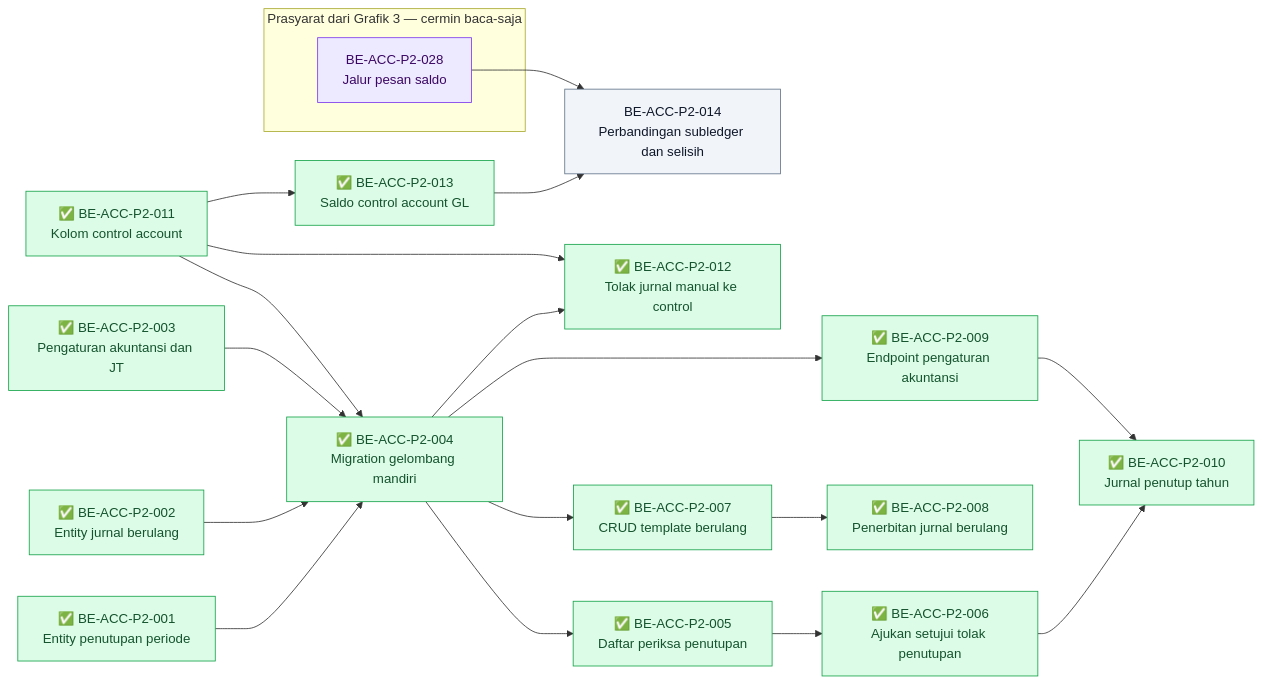
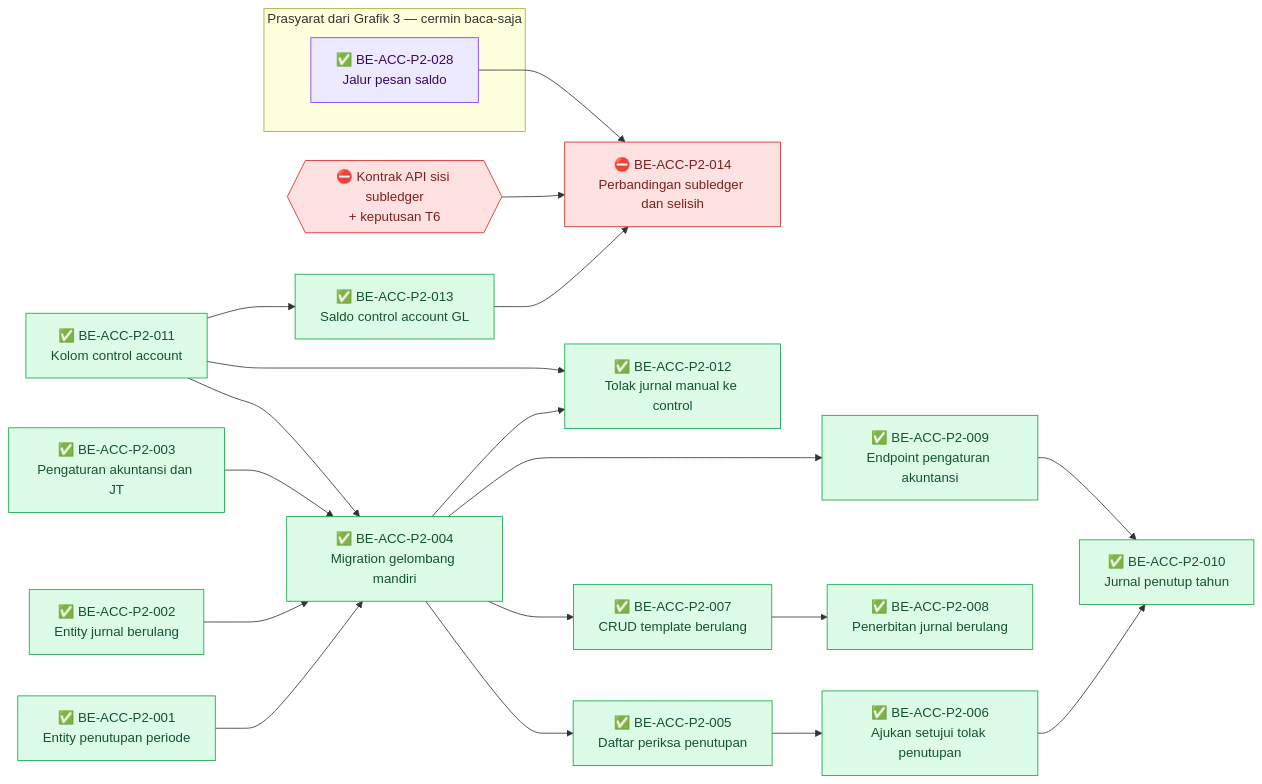
One commit to DevBenari/NewQuilvianSystemBackend changed the second of 4 diagrams in docs/module-blueprints/accounting/roadmap/backend-roadmap-phase2.md. Above: the diagram before and after it, drawn with Mermaid. The commit also changed other lines of this file and 9 other files, not shown here.

Commit message:
feat(accounting): BE-ACC-P2-028 jalur pesan saldo subledger selesai; roadmap BE rev5 / FE rev6

````diff
--- a/docs/module-blueprints/accounting/roadmap/backend-roadmap-phase2.md
+++ b/docs/module-blueprints/accounting/roadmap/backend-roadmap-phase2.md
@@ -72,43 +77,45 @@
 ```mermaid
 flowchart LR
     classDef selesai fill:#DCFCE7,stroke:#16A34A,color:#14532D
     classDef sebagian fill:#FEF9C3,stroke:#CA8A04,color:#713F12
     classDef terblokir fill:#FEE2E2,stroke:#DC2626,color:#7F1D1D
     classDef belum fill:#F1F5F9,stroke:#64748B,color:#0F172A
     classDef luar fill:#EDE9FE,stroke:#7C3AED,color:#3B0764
 
     BEACCP2001["✅ BE-ACC-P2-001<br/>Entity penutupan periode"]:::selesai
     BEACCP2002["✅ BE-ACC-P2-002<br/>Entity jurnal berulang"]:::selesai
     BEACCP2003["✅ BE-ACC-P2-003<br/>Pengaturan akuntansi dan JT"]:::selesai
     BEACCP2004["✅ BE-ACC-P2-004<br/>Migration gelombang mandiri"]:::selesai
     BEACCP2005["✅ BE-ACC-P2-005<br/>Daftar periksa penutupan"]:::selesai
     BEACCP2006["✅ BE-ACC-P2-006<br/>Ajukan setujui tolak penutupan"]:::selesai
     BEACCP2007["✅ BE-ACC-P2-007<br/>CRUD template berulang"]:::selesai
     BEACCP2008["✅ BE-ACC-P2-008<br/>Penerbitan jurnal berulang"]:::selesai
     BEACCP2009["✅ BE-ACC-P2-009<br/>Endpoint pengaturan akuntansi"]:::selesai
     BEACCP2010["✅ BE-ACC-P2-010<br/>Jurnal penutup tahun"]:::selesai
     BEACCP2011["✅ BE-ACC-P2-011<br/>Kolom control account"]:::selesai
     BEACCP2012["✅ BE-ACC-P2-012<br/>Tolak jurnal manual ke control"]:::selesai
     BEACCP2013["✅ BE-ACC-P2-013<br/>Saldo control account GL"]:::selesai
-    BEACCP2014["BE-ACC-P2-014<br/>Perbandingan subledger dan selisih"]:::belum
+    BEACCP2014["⛔ BE-ACC-P2-014<br/>Perbandingan subledger dan selisih"]:::terblokir
+    GKONTRAKSUB{{"⛔ Kontrak API sisi subledger<br/>+ keputusan T6"}}:::terblokir
     subgraph cermin1["Prasyarat dari Grafik 3 — cermin baca-saja"]
-        MBEACCP2028["BE-ACC-P2-028<br/>Jalur pesan saldo"]:::luar
+        MBEACCP2028["✅ BE-ACC-P2-028<br/>Jalur pesan saldo"]:::luar
     end
 
     BEACCP2001 --> BEACCP2004
     BEACCP2002 --> BEACCP2004
     BEACCP2003 --> BEACCP2004
     BEACCP2011 --> BEACCP2004
     BEACCP2004 --> BEACCP2005
     BEACCP2005 --> BEACCP2006
     BEACCP2004 --> BEACCP2007
     BEACCP2007 --> BEACCP2008
     BEACCP2004 --> BEACCP2009
     BEACCP2006 --> BEACCP2010
     BEACCP2009 --> BEACCP2010
     BEACCP2004 --> BEACCP2012
     BEACCP2011 --> BEACCP2012
     BEACCP2011 --> BEACCP2013
     BEACCP2013 --> BEACCP2014
     MBEACCP2028 --> BEACCP2014
+    GKONTRAKSUB --> BEACCP2014
 ```
````
